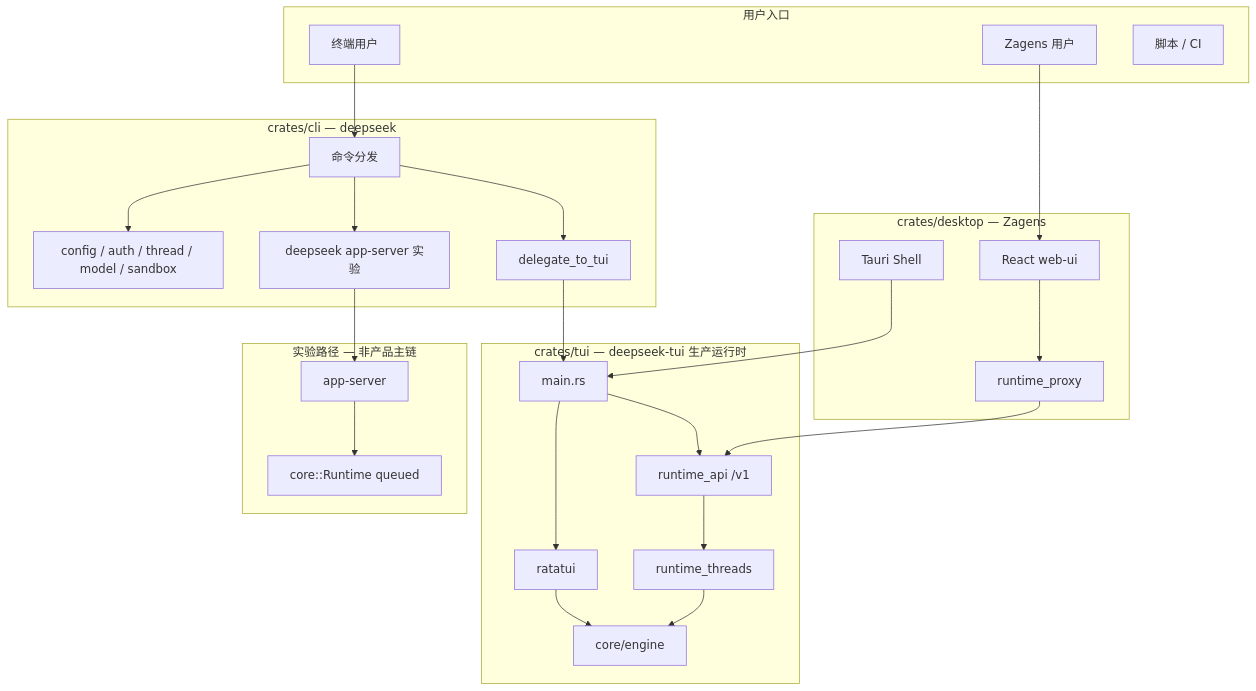
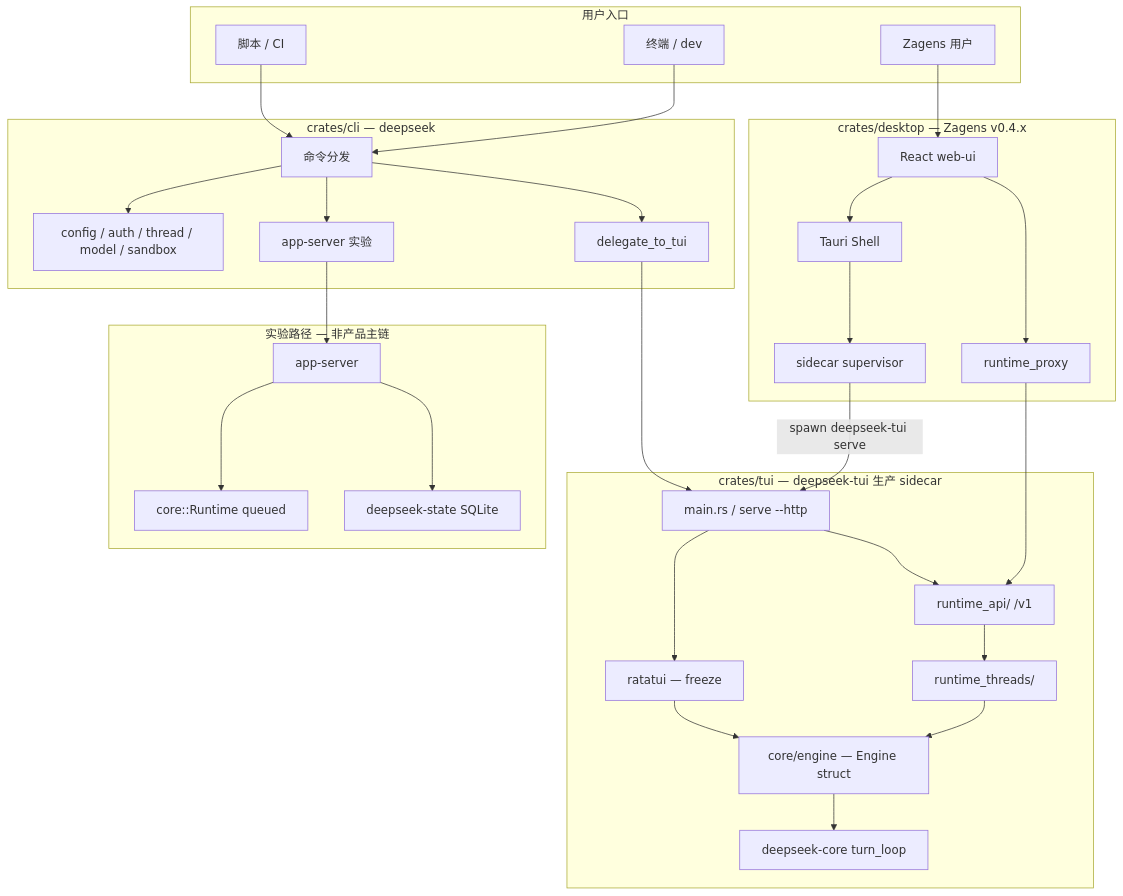
Before and after one commit to didclawapp-ai/zagens: the first of 3 diagrams in docs/tech/RUNTIME_ARCHITECTURE.md, drawn with Mermaid. The commit also changed other lines of this file and 11 other files, not shown here.

````diff
--- a/docs/tech/RUNTIME_ARCHITECTURE.md
+++ b/docs/tech/RUNTIME_ARCHITECTURE.md
@@ -19,48 +25,57 @@
 ```mermaid
 flowchart TB
   subgraph users [用户入口]
-    U1[终端用户]
-    U2[Zagens 用户]
+    U1[Zagens 用户]
+    U2[终端 / dev]
     U3[脚本 / CI]
+  end
+
+  subgraph desktop_pkg ["crates/desktop — Zagens v0.4.x"]
+    TAURI[Tauri Shell]
+    WEB[React web-ui]
+    PROXY[runtime_proxy]
+    SUP[sidecar supervisor]
   end
 
   subgraph cli_pkg ["crates/cli — deepseek"]
     CLI_DISPATCH[命令分发]
     CLI_MGMT[config / auth / thread / model / sandbox]
-    CLI_APPSRV["deepseek app-server 实验"]
-    CLI_DELEGATE["delegate_to_tui"]
+    CLI_DELEGATE[delegate_to_tui]
+    CLI_APPSRV["app-server 实验"]
   end
 
-  subgraph desktop_pkg ["crates/desktop — Zagens"]
-    TAURI[Tauri Shell]
-    WEB[React web-ui]
-    PROXY[runtime_proxy]
-  end
-
-  subgraph tui_bin ["crates/tui — deepseek-tui 生产运行时"]
-    MAIN[main.rs]
-    TUI_UI[ratatui]
-    RT_API[runtime_api /v1]
-    RT_THREADS[runtime_threads]
-    ENGINE[core/engine]
+  subgraph tui_bin ["crates/tui — deepseek-tui 生产 sidecar"]
+    MAIN[main.rs / serve --http]
+    TUI_UI[ratatui — freeze]
+    RT_API[runtime_api/ /v1]
+    RT_THREADS[runtime_threads/]
+    ENG[core/engine — Engine struct]
+    CORE_LIB[deepseek-core turn_loop]
   end
 
   subgraph exp [实验路径 — 非产品主链]
     APP_SRV[app-server]
     CORE_RT[core::Runtime queued]
+    STATE[deepseek-state SQLite]
   end
 
-  U1 --> CLI_DISPATCH
-  U2 --> WEB
+  U1 --> WEB
+  WEB --> PROXY
+  WEB --> TAURI
+  TAURI --> SUP
+  SUP -->|spawn deepseek-tui serve| MAIN
+  PROXY --> RT_API
+  U2 --> CLI_DISPATCH
+  U3 --> CLI_DISPATCH
   CLI_DISPATCH --> CLI_DELEGATE
   CLI_DISPATCH --> CLI_MGMT
   CLI_DISPATCH --> CLI_APPSRV
   CLI_DELEGATE --> MAIN
   CLI_APPSRV --> APP_SRV --> CORE_RT
-  WEB --> PROXY --> RT_API
-  TAURI --> MAIN
+  APP_SRV --> STATE
   MAIN --> TUI_UI
   MAIN --> RT_API
-  RT_API --> RT_THREADS --> ENGINE
-  TUI_UI --> ENGINE
+  RT_API --> RT_THREADS --> ENG
+  ENG --> CORE_LIB
+  TUI_UI --> ENG
 ```
````
